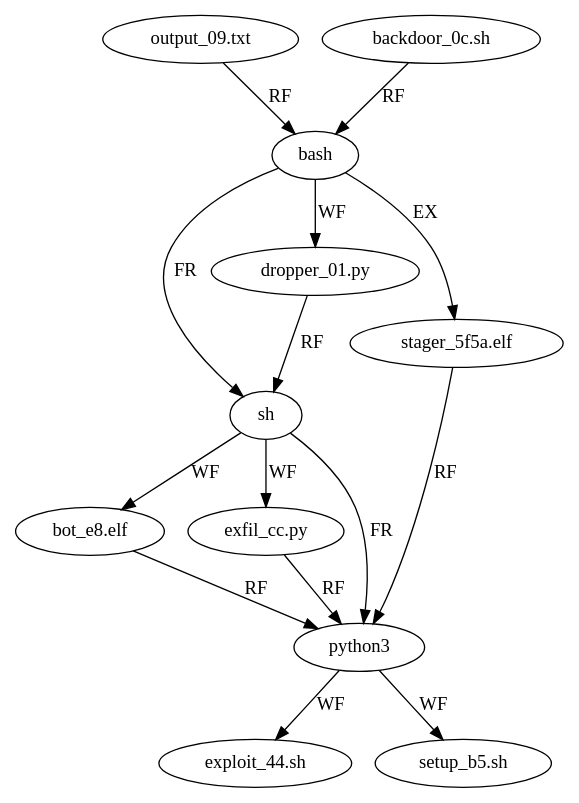
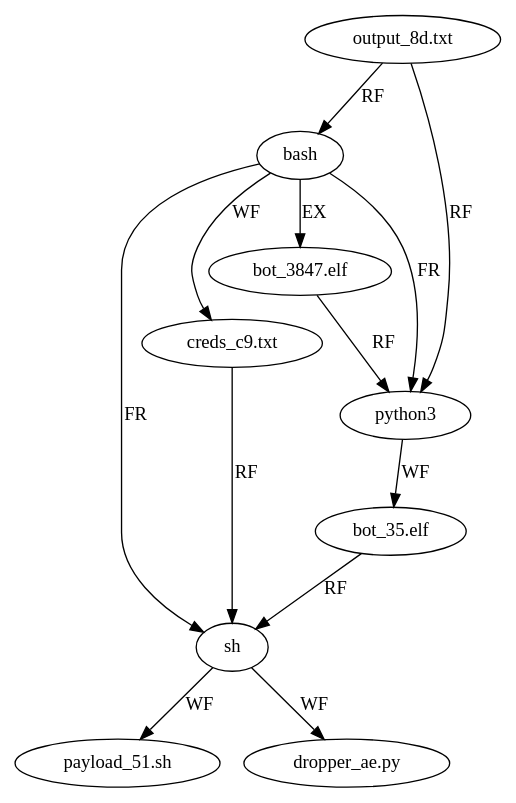
The diagram in Attack_Agent/result_handoff/APT33/clusters/cluster_03_T1098.003.dot (gianghitran/MARL-VariantHunter-Architecture), drawn with Graphviz before and after one commit. The commit also changed 1442 other files, not shown here.

```diff
--- a/Attack_Agent/result_handoff/APT33/clusters/cluster_03_T1098.003.dot
+++ b/Attack_Agent/result_handoff/APT33/clusters/cluster_03_T1098.003.dot
@@ -1,27 +1,23 @@
 digraph {
   p0_s3 [label="bash" type=process stage="T1098.003"]
-  fin0_s3 [label="output_09.txt" type=file stage="T1098.003"]
-  fin1_s3 [label="backdoor_0c.sh" type=file stage="T1098.003"]
-  p1_s3 [label="sh" type=process stage="T1098.003"]
-  f0_0_s3 [label="bot_e8.elf" type=file stage="T1098.003"]
-  f0_1_s3 [label="exfil_cc.py" type=file stage="T1098.003"]
-  p2_s3 [label="python3" type=process stage="T1098.003"]
-  f1_0_s3 [label="exploit_44.sh" type=file stage="T1098.003"]
-  f1_1_s3 [label="setup_b5.sh" type=file stage="T1098.003"]
-  fh0_s3 [label="dropper_01.py" type=file stage="T1098.003"]
-  exec_s3 [label="stager_5f5a.elf" type=file stage="T1098.003"]
+  fin0_s3 [label="output_8d.txt" type=file stage="T1098.003"]
+  p1_s3 [label="python3" type=process stage="T1098.003"]
+  f0_0_s3 [label="bot_35.elf" type=file stage="T1098.003"]
+  p2_s3 [label="sh" type=process stage="T1098.003"]
+  f1_0_s3 [label="payload_51.sh" type=file stage="T1098.003"]
+  f1_1_s3 [label="dropper_ae.py" type=file stage="T1098.003"]
+  fh0_s3 [label="creds_c9.txt" type=file stage="T1098.003"]
+  exec_s3 [label="bot_3847.elf" type=file stage="T1098.003"]
   fin0_s3 -> p0_s3 [label="RF"]
-  fin1_s3 -> p0_s3 [label="RF"]
   p0_s3 -> p1_s3 [label="FR"]
   p1_s3 -> f0_0_s3 [label="WF"]
-  p1_s3 -> f0_1_s3 [label="WF"]
-  p1_s3 -> p2_s3 [label="FR"]
+  fin0_s3 -> p1_s3 [label="RF"]
+  p0_s3 -> p2_s3 [label="FR"]
   p2_s3 -> f1_0_s3 [label="WF"]
   p2_s3 -> f1_1_s3 [label="WF"]
-  f0_0_s3 -> p2_s3 [label="RF"]
-  f0_1_s3 -> p2_s3 [label="RF"]
   p0_s3 -> fh0_s3 [label="WF"]
   p0_s3 -> exec_s3 [label="EX"]
-  exec_s3 -> p2_s3 [label="RF"]
-  fh0_s3 -> p1_s3 [label="RF"]
+  exec_s3 -> p1_s3 [label="RF"]
+  f0_0_s3 -> p2_s3 [label="RF"]
+  fh0_s3 -> p2_s3 [label="RF"]
 }
```
